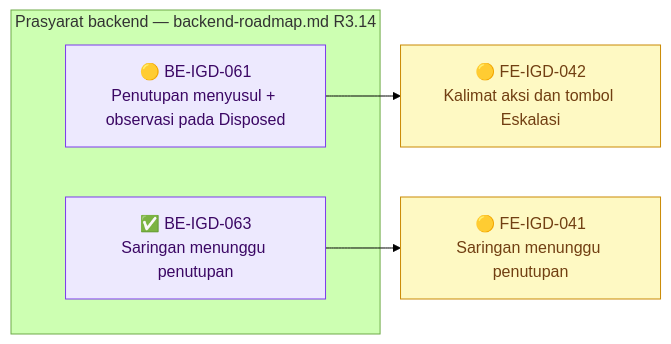
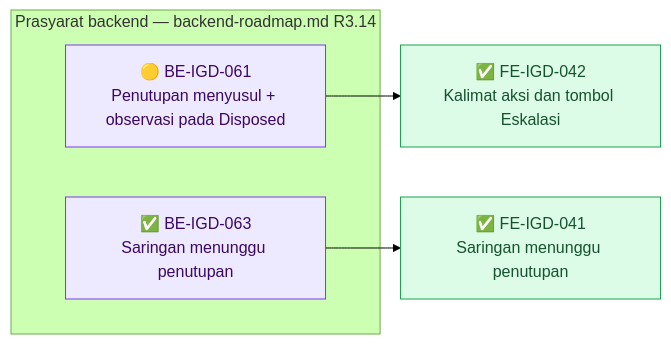
Diagram 12 of 12 in docs/module-blueprints/igd/roadmap/frontend-roadmap.md (DevBenari/NewQuilvianSystemBackend), drawn with Mermaid (forest theme) before and after one commit. The commit also changed other lines of this file and 10 other files, not shown here.

````diff
--- a/docs/module-blueprints/igd/roadmap/frontend-roadmap.md
+++ b/docs/module-blueprints/igd/roadmap/frontend-roadmap.md
@@ -1609,19 +1609,19 @@
 ```mermaid
 flowchart LR
     classDef selesai fill:#DCFCE7,stroke:#16A34A,color:#14532D
     classDef sebagian fill:#FEF9C3,stroke:#CA8A04,color:#713F12
     classDef terblokir fill:#FEE2E2,stroke:#DC2626,color:#7F1D1D
     classDef belum fill:#F1F5F9,stroke:#64748B,color:#0F172A
     classDef luar fill:#EDE9FE,stroke:#7C3AED,color:#3B0764
 
     subgraph backend14["Prasyarat backend — backend-roadmap.md R3.14"]
         BEIGD061X["🟡 BE-IGD-061<br/>Penutupan menyusul + observasi pada Disposed"]:::luar
         BEIGD063X["✅ BE-IGD-063<br/>Saringan menunggu penutupan"]:::luar
     end
 
-    FEIGD041["🟡 FE-IGD-041<br/>Saringan menunggu penutupan"]:::sebagian
-    FEIGD042["🟡 FE-IGD-042<br/>Kalimat aksi dan tombol Eskalasi"]:::sebagian
+    FEIGD041["✅ FE-IGD-041<br/>Saringan menunggu penutupan"]:::selesai
+    FEIGD042["✅ FE-IGD-042<br/>Kalimat aksi dan tombol Eskalasi"]:::selesai
 
     BEIGD063X --> FEIGD041
     BEIGD061X --> FEIGD042
 ```
````
